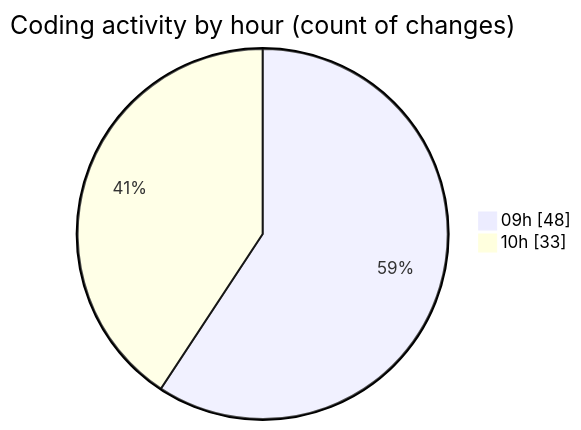
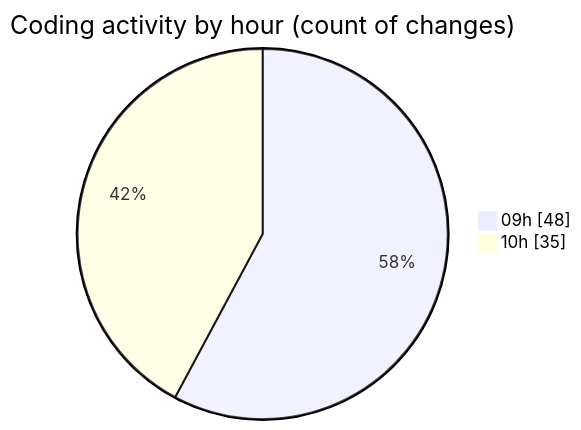
The second of 2 diagrams in 2025-03-14/cda/README.md (momahboobian/code-tracking), drawn with Mermaid before and after one commit. The commit also changed other lines of this file and 1 other file, not shown here.

````diff
--- a/2025-03-14/cda/README.md
+++ b/2025-03-14/cda/README.md
@@ -45,6 +45,6 @@
 ```mermaid
 pie showData
 title Coding activity by hour (count of changes)
 "09h" : 48
-"10h" : 33
+"10h" : 35
 ```
````
